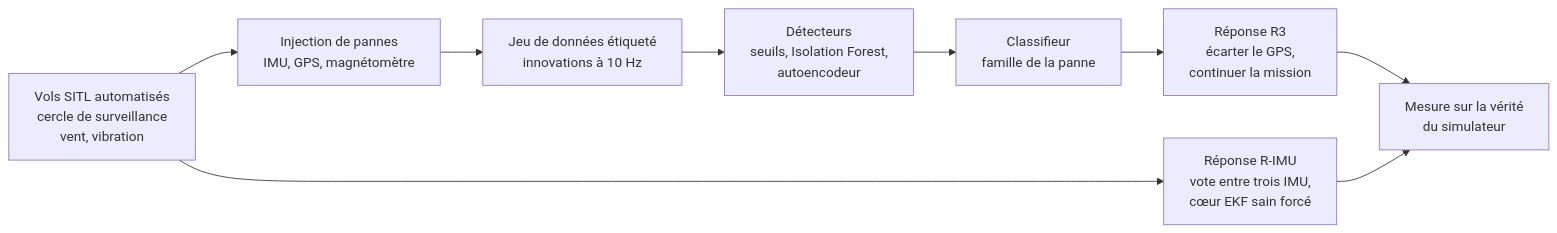
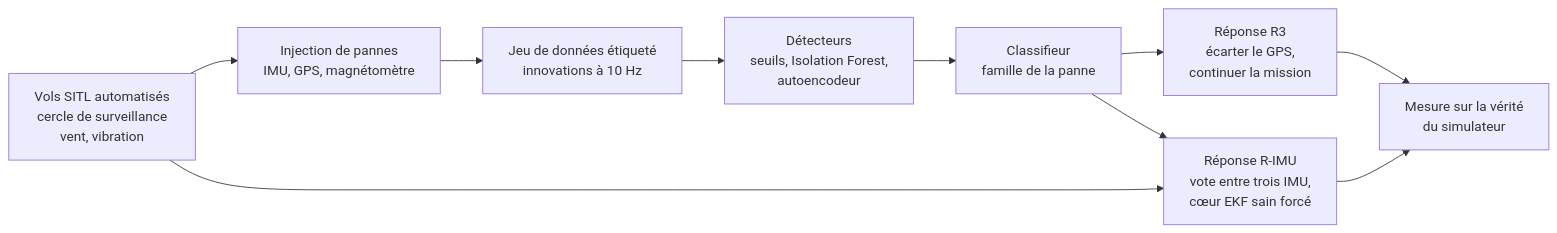
One commit to AntCro29/uav-imu-fault-detection changed the diagram in README.md. Above: the diagram before and after it, drawn with Mermaid. The commit also changed other lines of this file and 5 other files, not shown here.

````diff
--- a/README.md
+++ b/README.md
@@ -31,11 +31,12 @@
 ```mermaid
 flowchart LR
     A[Vols SITL automatisés<br/>cercle de surveillance<br/>vent, vibration] --> B[Injection de pannes<br/>IMU, GPS, magnétomètre]
     B --> C[Jeu de données étiqueté<br/>innovations à 10 Hz]
     C --> D[Détecteurs<br/>seuils, Isolation Forest,<br/>autoencodeur]
     D --> G[Classifieur<br/>famille de la panne]
     G --> E[Réponse R3<br/>écarter le GPS,<br/>continuer la mission]
     A --> H[Réponse R-IMU<br/>vote entre trois IMU,<br/>cœur EKF sain forcé]
+    G --> H
     E --> F[Mesure sur la vérité<br/>du simulateur]
     H --> F
 ```
````
